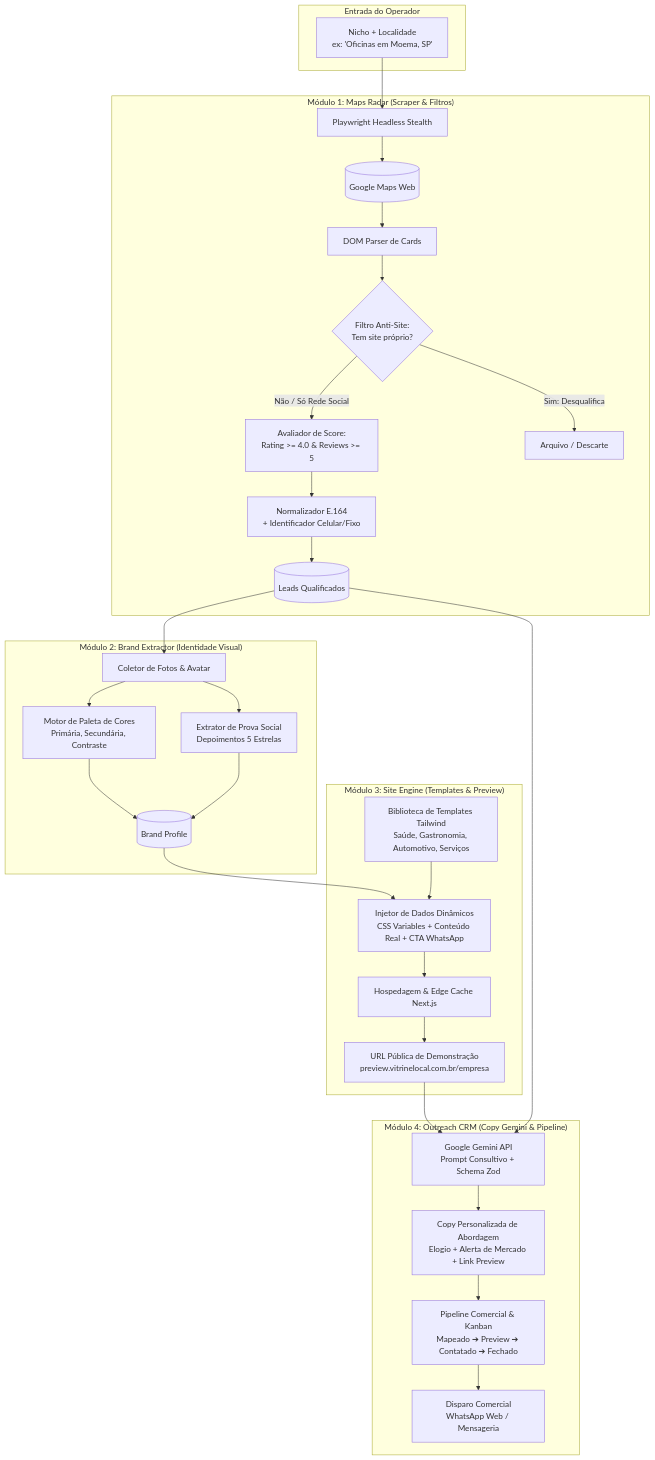
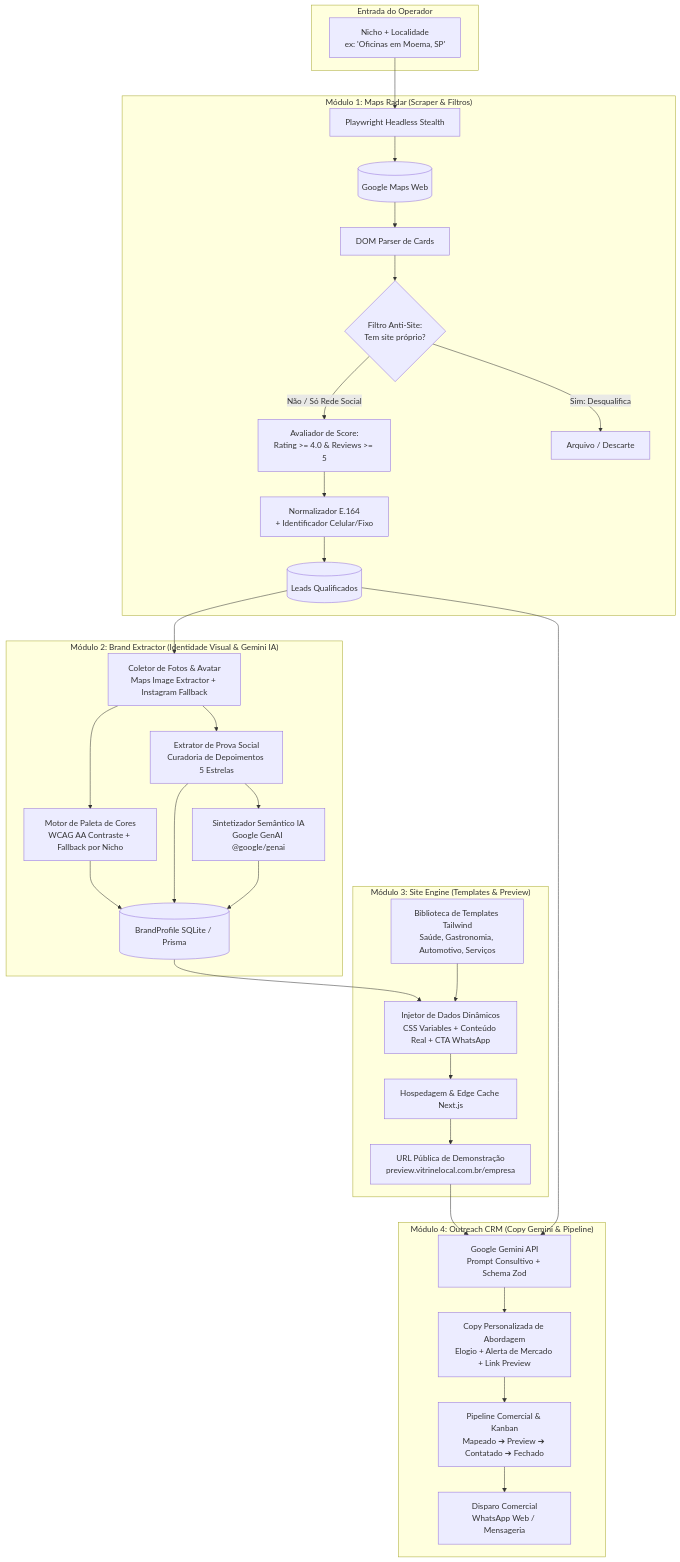
Before and after one commit to rb-belarmino/VitrineLocal: the first of 4 diagrams in docs/architecture.md, drawn with Mermaid. The commit also changed 29 other files, not shown here.

Commit message:
feat: implement brand extractor module with Gemini AI synthesis and scrapers

````diff
--- a/docs/architecture.md
+++ b/docs/architecture.md
@@ -11,63 +11,65 @@
 ```mermaid
 flowchart TD
     subgraph ENTRADA["Entrada do Operador"]
         Input[Nicho + Localidade<br/>ex: 'Oficinas em Moema, SP']
     end
 
     subgraph MOD1["Módulo 1: Maps Radar (Scraper & Filtros)"]
         Browser[Playwright Headless Stealth]
         Maps[(Google Maps Web)]
         RawExtractor[DOM Parser de Cards]
         AntiSiteFilter{Filtro Anti-Site:<br/>Tem site próprio?}
         ScoreFilter[Avaliador de Score:<br/>Rating >= 4.0 & Reviews >= 5]
         NormPhone[Normalizador E.164<br/>+ Identificador Celular/Fixo]
         LeadsDB[(Leads Qualificados)]
 
         Browser --> Maps
         Maps --> RawExtractor
         RawExtractor --> AntiSiteFilter
         AntiSiteFilter -- Sim: Desqualifica --> Discarded[Arquivo / Descarte]
         AntiSiteFilter -- Não / Só Rede Social --> ScoreFilter
         ScoreFilter --> NormPhone
         NormPhone --> LeadsDB
     end
 
-    subgraph MOD2["Módulo 2: Brand Extractor (Identidade Visual)"]
-        AssetCrawler[Coletor de Fotos & Avatar]
-        ColorEngine[Motor de Paleta de Cores<br/>Primária, Secundária, Contraste]
-        ReviewEngine[Extrator de Prova Social<br/>Depoimentos 5 Estrelas]
-        BrandProfile[(Brand Profile)]
+    subgraph MOD2["Módulo 2: Brand Extractor (Identidade Visual & Gemini IA)"]
+        AssetCrawler[Coletor de Fotos & Avatar<br/>Maps Image Extractor + Instagram Fallback]
+        ColorEngine[Motor de Paleta de Cores<br/>WCAG AA Contraste + Fallback por Nicho]
+        ReviewEngine[Extrator de Prova Social<br/>Curadoria de Depoimentos 5 Estrelas]
+        GeminiSynthesizer[Sintetizador Semântico IA<br/>Google GenAI @google/genai]
+        BrandProfile[(BrandProfile SQLite / Prisma)]
 
         LeadsDB --> AssetCrawler
         AssetCrawler --> ColorEngine
         AssetCrawler --> ReviewEngine
-        ColorEngine & ReviewEngine --> BrandProfile
+        ReviewEngine --> GeminiSynthesizer
+        ColorEngine & ReviewEngine & GeminiSynthesizer --> BrandProfile
     end
 
     subgraph MOD3["Módulo 3: Site Engine (Templates & Preview)"]
         TemplateLib[Biblioteca de Templates Tailwind<br/>Saúde, Gastronomia, Automotivo, Serviços]
         DataInjection[Injetor de Dados Dinâmicos<br/>CSS Variables + Conteúdo Real + CTA WhatsApp]
         PublicEdge[Hospedagem & Edge Cache Next.js]
         PreviewUrl[URL Pública de Demonstração<br/>preview.vitrinelocal.com.br/empresa]
 
         BrandProfile --> DataInjection
         TemplateLib --> DataInjection
         DataInjection --> PublicEdge
         PublicEdge --> PreviewUrl
     end
 
     subgraph MOD4["Módulo 4: Outreach CRM (Copy Gemini & Pipeline)"]
         GeminiAPI[Google Gemini API<br/>Prompt Consultivo + Schema Zod]
         CopyGen[Copy Personalizada de Abordagem<br/>Elogio + Alerta de Mercado + Link Preview]
         CRMHub[Pipeline Comercial & Kanban<br/>Mapeado ➔ Preview ➔ Contatado ➔ Fechado]
         ChannelDisparo[Disparo Comercial<br/>WhatsApp Web / Mensageria]
 
         PreviewUrl --> GeminiAPI
         LeadsDB --> GeminiAPI
         GeminiAPI --> CopyGen
         CopyGen --> CRMHub
         CRMHub --> ChannelDisparo
     end
 
     Input --> Browser
 ```
````
